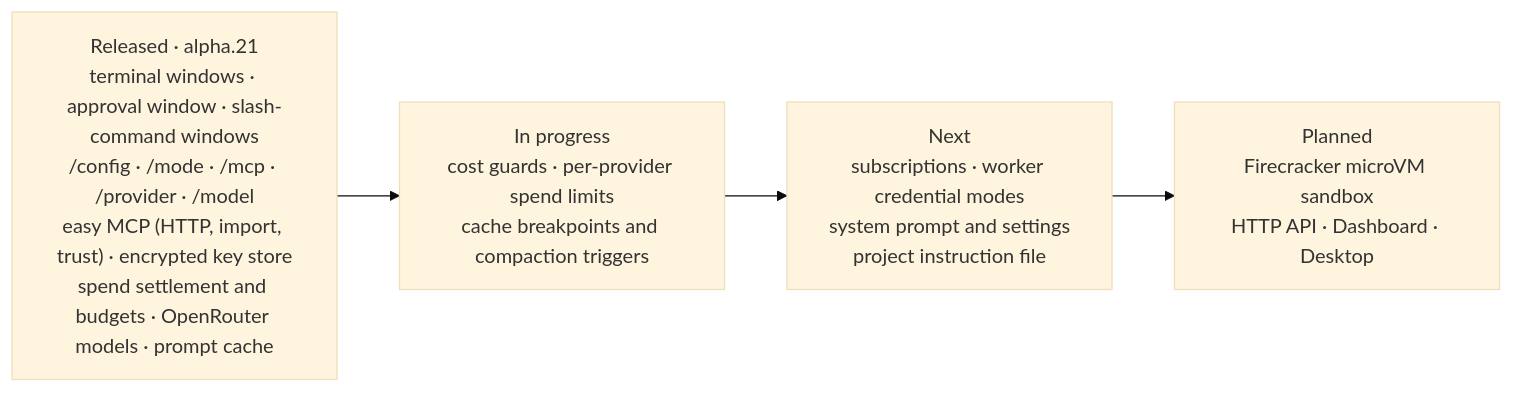
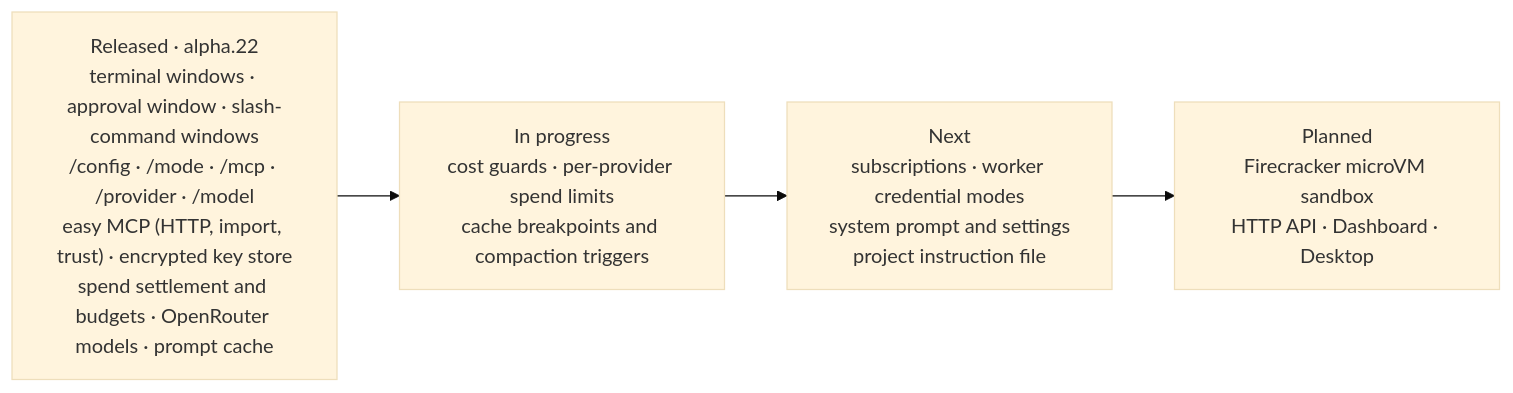
The fifth of 5 diagrams in README.md (Verhex/deckent-next), drawn with Mermaid (base theme) before and after one commit. The commit also changed other lines of this file and 5 other files, not shown here.

Commit message:
docs: alpha.22 landing reconciliation (PR #63; sandbox, authority, public docs, OpenRouter gate completed; follow-up limits row; live line alpha.21)

````diff
--- a/README.md
+++ b/README.md
@@ -318,6 +318,6 @@
 ```mermaid
 flowchart LR
-  L["Released · alpha.21<br/>terminal windows · approval window · slash-command windows<br/>/config · /mode · /mcp · /provider · /model<br/>easy MCP (HTTP, import, trust) · encrypted key store<br/>spend settlement and budgets · OpenRouter models · prompt cache"] --> P["In progress<br/>cost guards · per-provider spend limits<br/>cache breakpoints and compaction triggers"]
+  L["Released · alpha.22<br/>terminal windows · approval window · slash-command windows<br/>/config · /mode · /mcp · /provider · /model<br/>easy MCP (HTTP, import, trust) · encrypted key store<br/>spend settlement and budgets · OpenRouter models · prompt cache"] --> P["In progress<br/>cost guards · per-provider spend limits<br/>cache breakpoints and compaction triggers"]
   P --> N["Next<br/>subscriptions · worker credential modes<br/>system prompt and settings<br/>project instruction file"]
   N --> F["Planned<br/>Firecracker microVM sandbox<br/>HTTP API · Dashboard · Desktop"]
 ```
````
